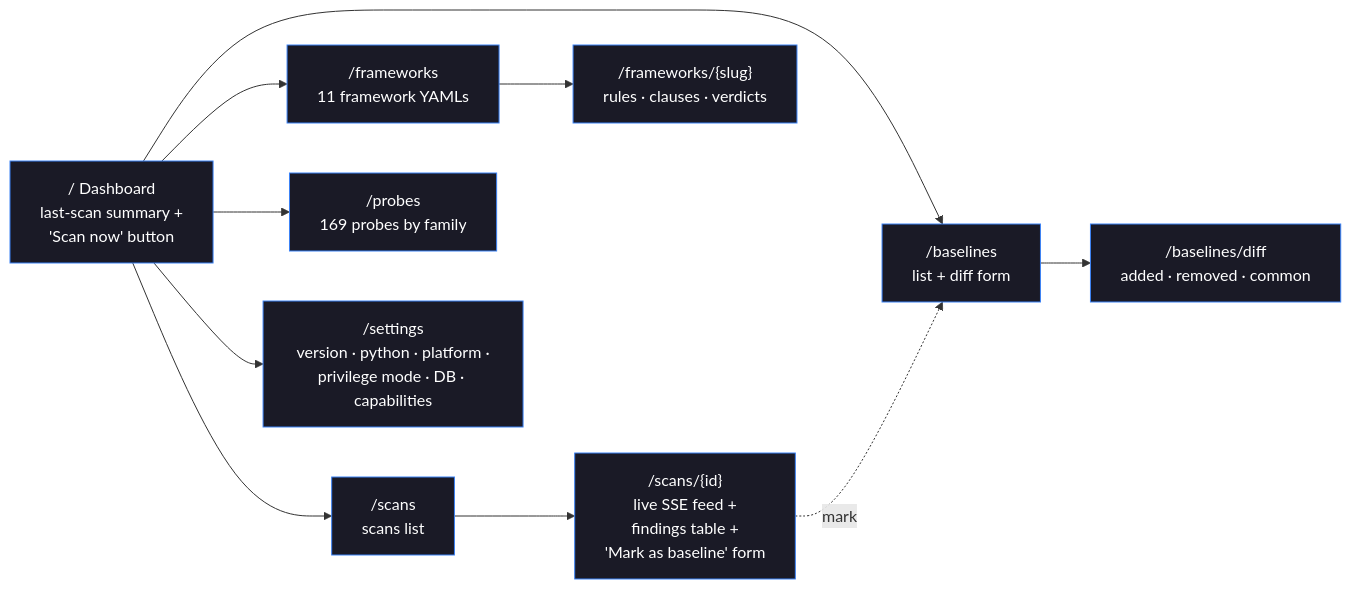
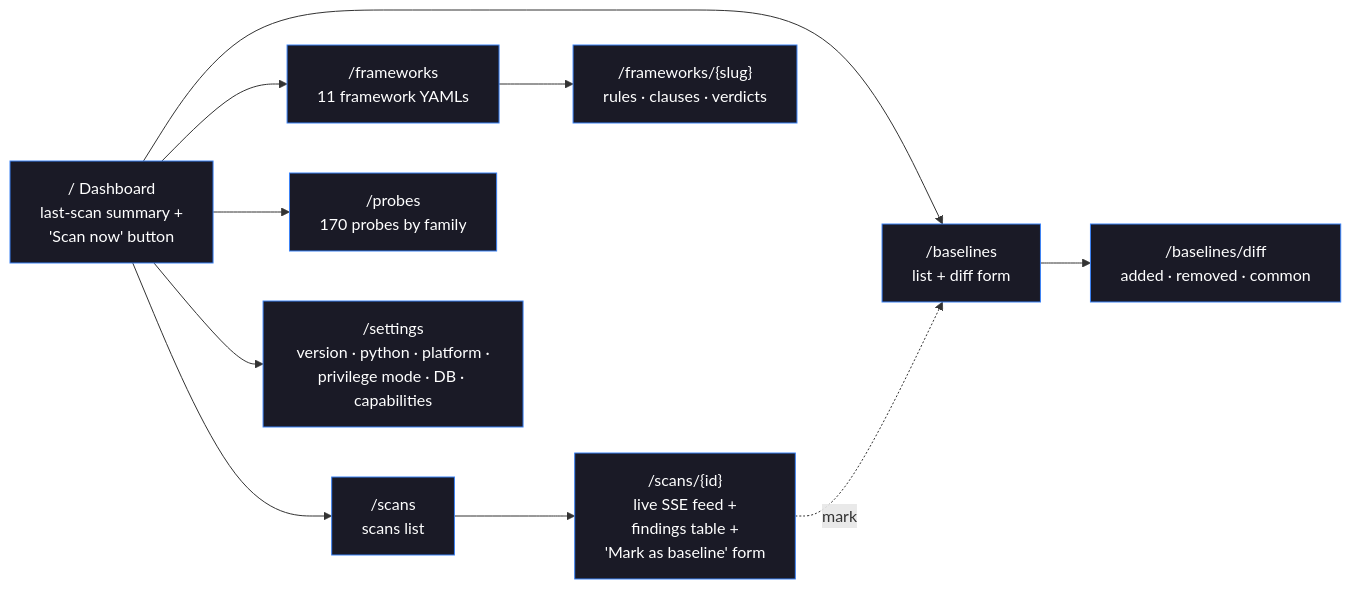
The fourth of 8 diagrams in README.md (orengacademy/pqc-scanner2), drawn with Mermaid before and after one commit. The commit also changed other lines of this file and 22 other files, not shown here.

````diff
--- a/README.md
+++ b/README.md
@@ -248,22 +248,22 @@
 ```mermaid
 flowchart LR
     HOME["/  Dashboard<br/>last-scan summary +<br/>'Scan now' button"]
     SCANS["/scans<br/>scans list"]
     DETAIL["/scans/{id}<br/>live SSE feed +<br/>findings table +<br/>'Mark as baseline' form"]
     FRAMEWORKS["/frameworks<br/>11 framework YAMLs"]
     FW_DET["/frameworks/{slug}<br/>rules · clauses · verdicts"]
-    PROBES["/probes<br/>169 probes by family"]
+    PROBES["/probes<br/>170 probes by family"]
     BASELINES["/baselines<br/>list + diff form"]
     DIFF["/baselines/diff<br/>added · removed · common"]
     SETTINGS["/settings<br/>version · python · platform ·<br/>privilege mode · DB · capabilities"]
 
     HOME --> SCANS --> DETAIL
     HOME --> FRAMEWORKS --> FW_DET
     HOME --> PROBES
     HOME --> BASELINES --> DIFF
     DETAIL -.mark.-> BASELINES
     HOME --> SETTINGS
 
     classDef page fill:#1a1a26,color:#fff,stroke:#3b82f6
     class HOME,SCANS,DETAIL,FRAMEWORKS,FW_DET,PROBES,BASELINES,DIFF,SETTINGS page
 ```
````
